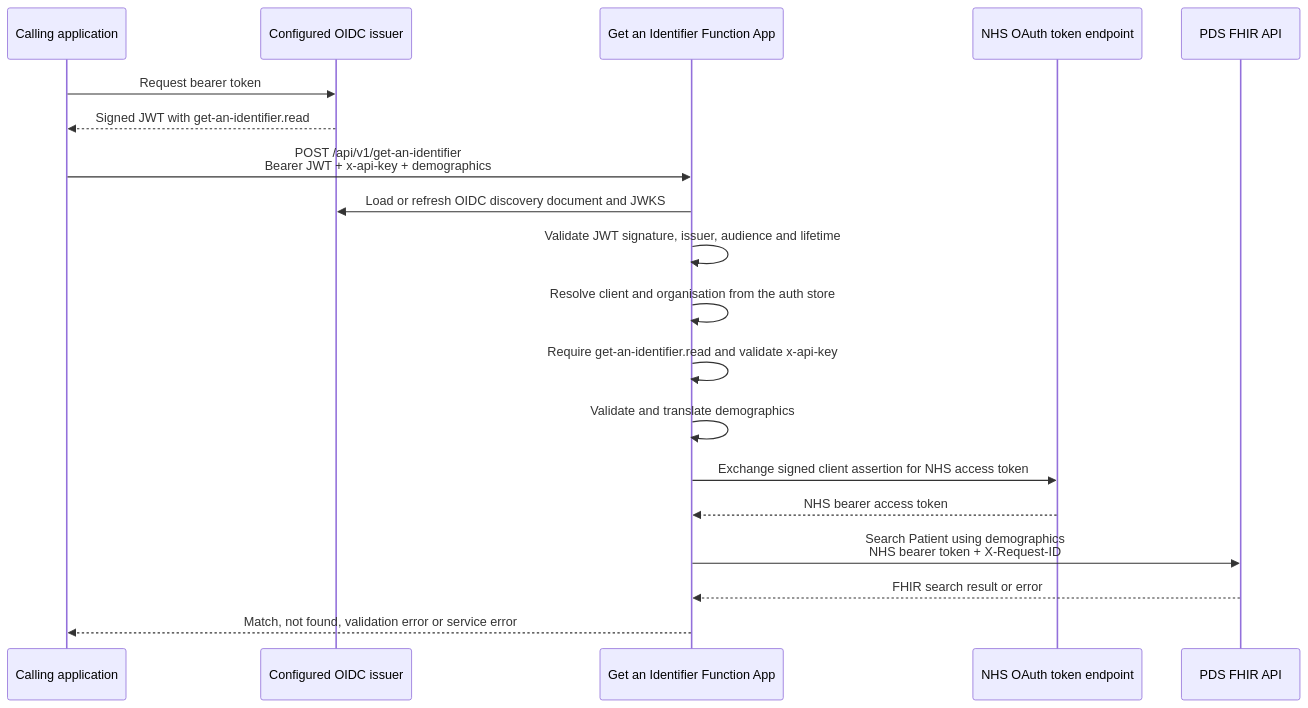
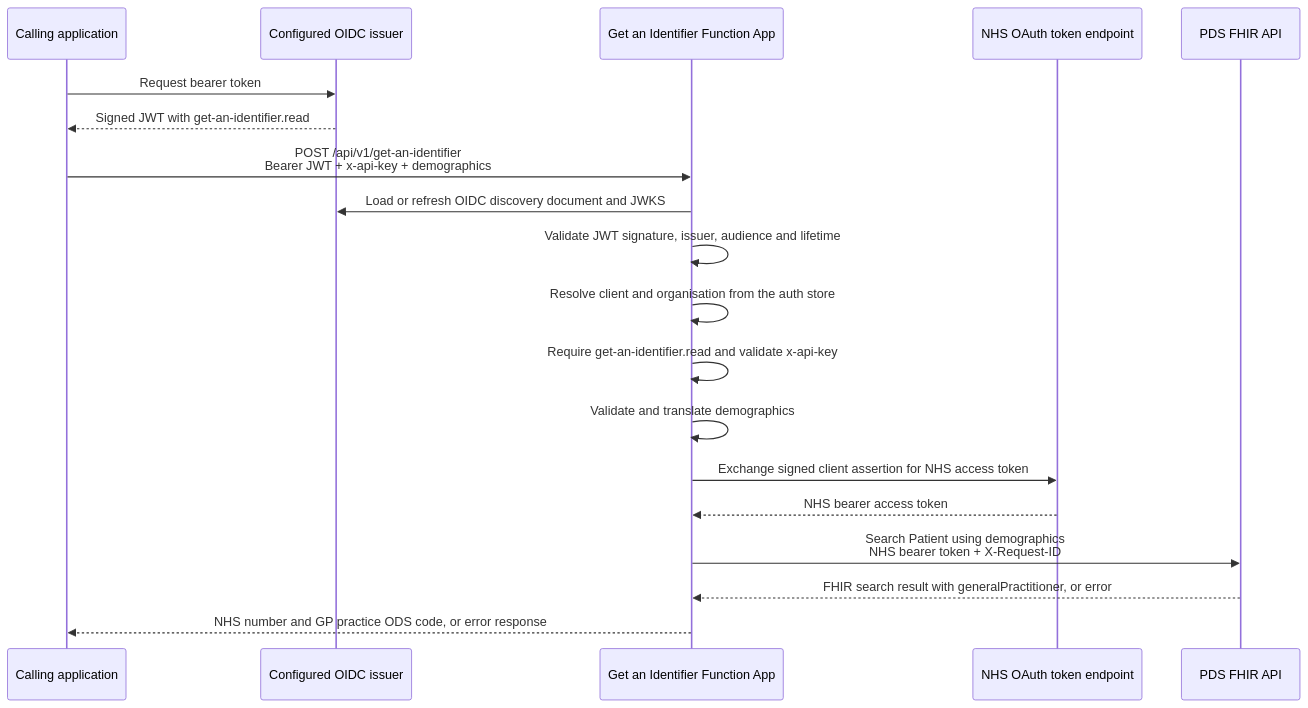
Before and after one commit to DFE-Digital/single-unique-identifier: the diagram in Docs/Design/GetAnIdentifier/AsBuilt.md, drawn with Mermaid. The commit also changed other lines of this file and 11 other files, not shown here.

````diff
--- a/Docs/Design/GetAnIdentifier/AsBuilt.md
+++ b/Docs/Design/GetAnIdentifier/AsBuilt.md
@@ -11,22 +11,22 @@
 ```mermaid
 sequenceDiagram
     participant Caller as Calling application
     participant Issuer as Configured OIDC issuer
     participant Function as Get an Identifier Function App
     participant NHSAuth as NHS OAuth token endpoint
     participant PDS as PDS FHIR API
 
     Caller->>Issuer: Request bearer token
     Issuer-->>Caller: Signed JWT with get-an-identifier.read
     Caller->>Function: POST /api/v1/get-an-identifier<br/>Bearer JWT + x-api-key + demographics
     Function->>Issuer: Load or refresh OIDC discovery document and JWKS
     Function->>Function: Validate JWT signature, issuer, audience and lifetime
     Function->>Function: Resolve client and organisation from the auth store
     Function->>Function: Require get-an-identifier.read and validate x-api-key
     Function->>Function: Validate and translate demographics
     Function->>NHSAuth: Exchange signed client assertion for NHS access token
     NHSAuth-->>Function: NHS bearer access token
     Function->>PDS: Search Patient using demographics<br/>NHS bearer token + X-Request-ID
-    PDS-->>Function: FHIR search result or error
-    Function-->>Caller: Match, not found, validation error or service error
+    PDS-->>Function: FHIR search result with generalPractitioner, or error
+    Function-->>Caller: NHS number and GP practice ODS code, or error response
 ```
````
